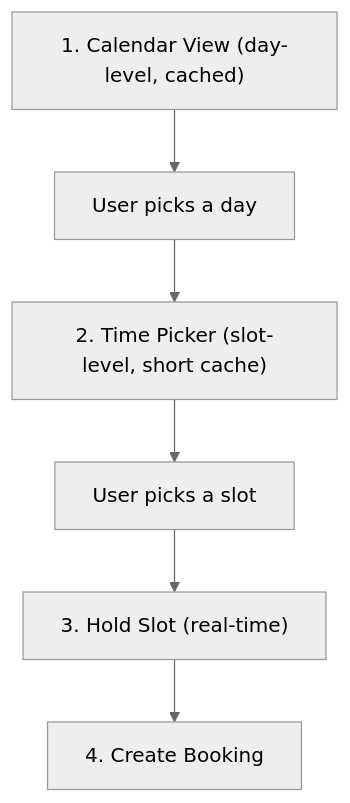
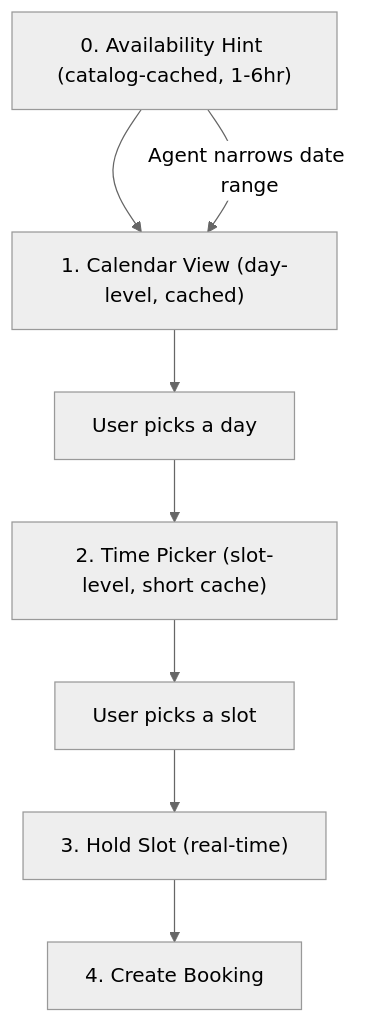
Before and after one commit to wix/universal-scheduling-protocol: the second of 4 diagrams in specification.md, drawn with Mermaid (neutral theme). The commit also changed other lines of this file, not shown here.

First line of the commit message:
Add availability_hint to Service Schema for agent-assisted discovery

````diff
--- a/specification.md
+++ b/specification.md
@@ -504,8 +554,10 @@
 ```mermaid
 graph TD
+    H["0. Availability Hint (catalog-cached, 1-6hr)"] --> A
+    H -- "Agent narrows date range" --> A
     A["1. Calendar View (day-level, cached)"] --> B["User picks a day"]
     B --> C["2. Time Picker (slot-level, short cache)"]
     C --> D["User picks a slot"]
     D --> E["3. Hold Slot (real-time)"]
     E --> F["4. Create Booking"]
 ```
````
